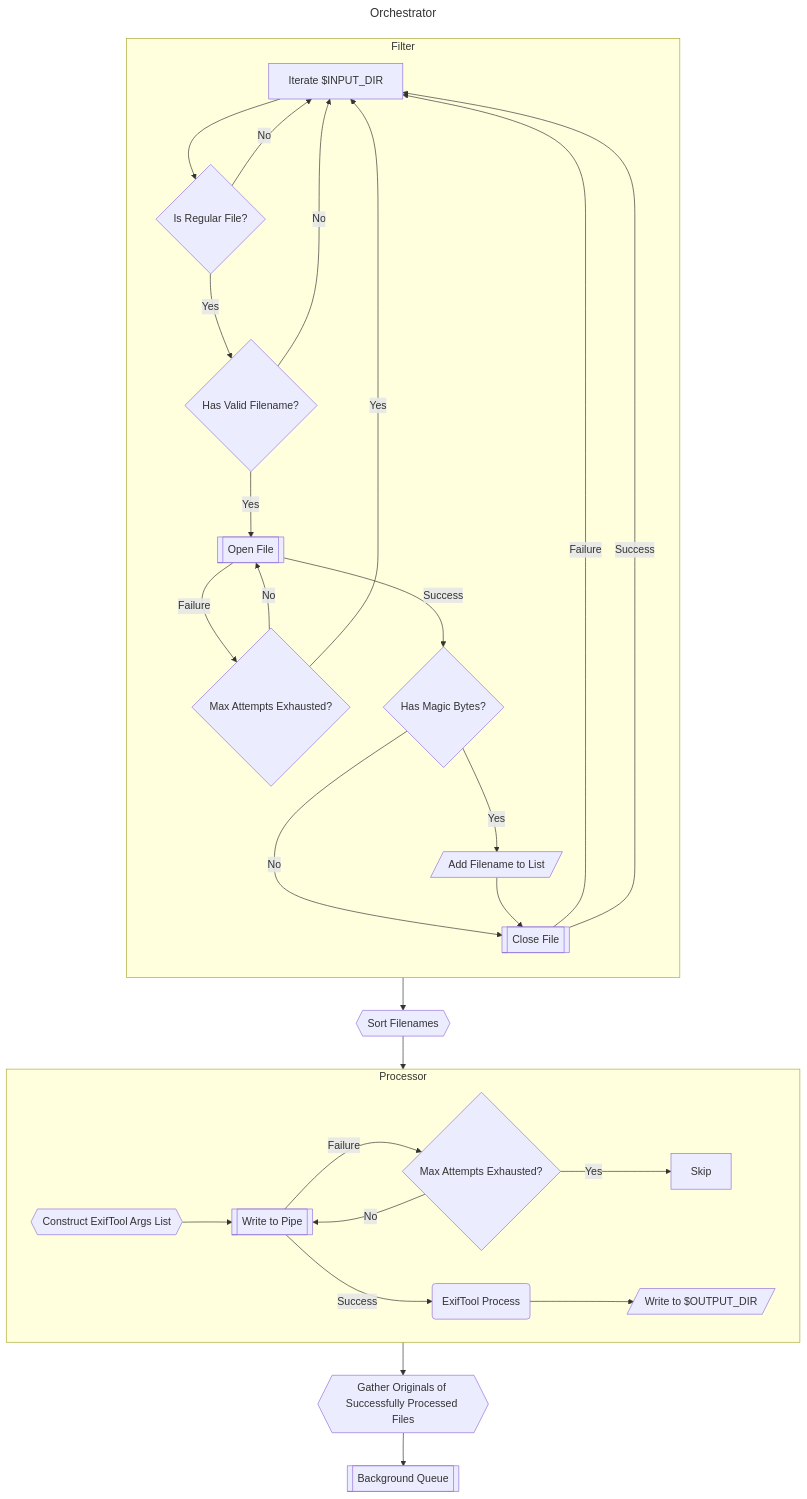
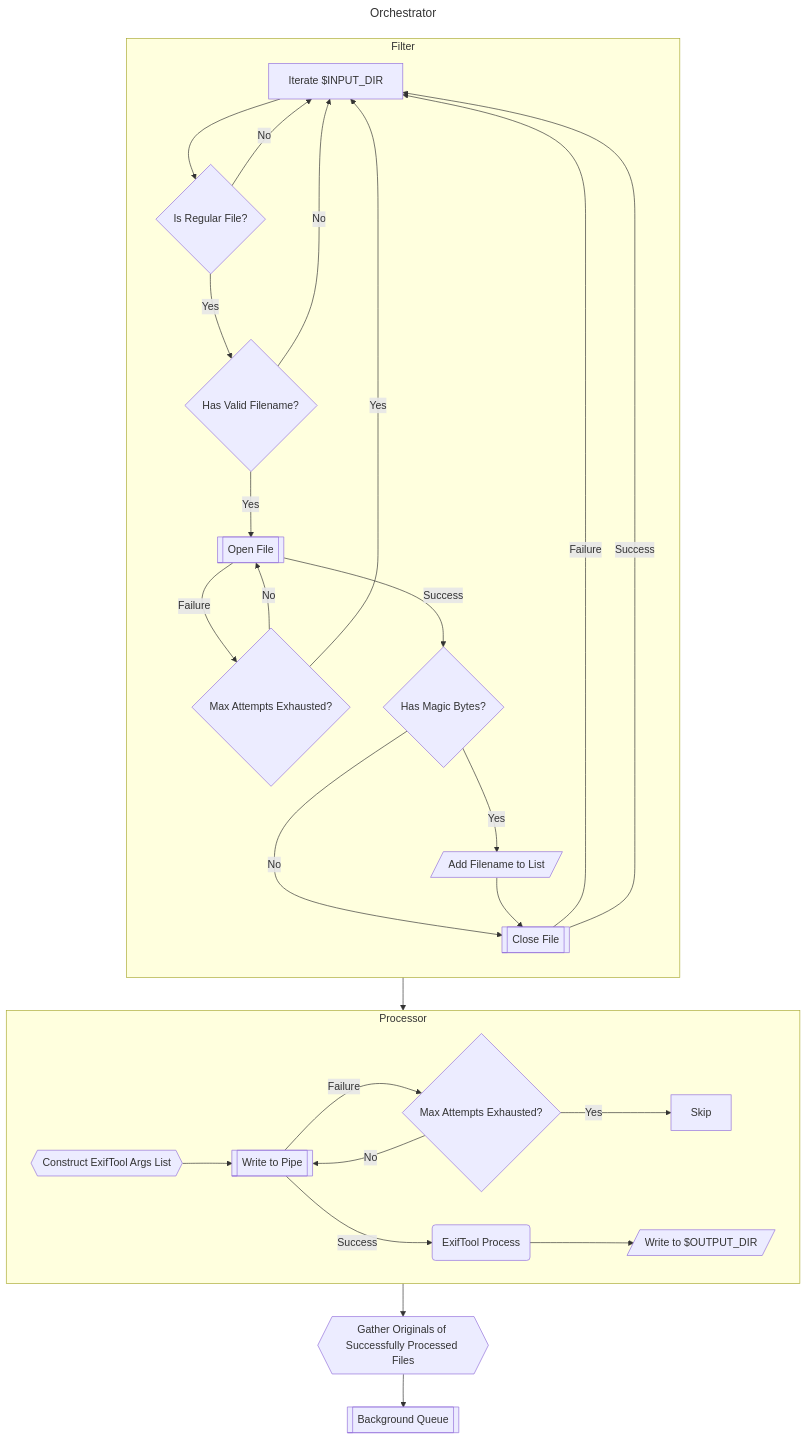
The diagram in Documentation/flowchart_orchestrator.mmd (CharlesMC11/sst), drawn with Mermaid before and after one commit. The commit also changed 6 other files, not shown here.

```diff
--- a/Documentation/flowchart_orchestrator.mmd
+++ b/Documentation/flowchart_orchestrator.mmd
@@ -1,36 +1,35 @@
 ---
 title: Orchestrator
 ---
 flowchart
   subgraph Filter
     direction TB
     Loop[Iterate $INPUT_DIR] --> File{Is Regular File?}
     File --> |No| Loop
     File --> |Yes| Filename{Has Valid Filename?}
     Filename --> |No| Loop
     Filename --> |Yes| Open[[Open File]]
     Open --> |Failure| Max1{Max Attempts Exhausted?}
     Max1 --> |No| Open
     Max1 --> |Yes| Loop
     Open --> |Success| Magic{Has Magic Bytes?}
     Magic --> |No| Close[[Close File]]
     Close --> |Failure| Loop
     Close --> |Success| Loop
     Magic --> |Yes| Add[/Add Filename to List/]
     Add --> Close[[Close File]]
   end
 
-  Filter --> Sorter{{Sort Filenames}}
-  Sorter --> Processor
+  Filter --> Processor
 
   subgraph Processor
     Args{{Construct ExifTool Args List}} --> Pipe[[Write to Pipe]]
     Pipe --> |Failure| Pipe?{Max Attempts Exhausted?}
     Pipe? --> |No| Pipe
     Pipe? --> |Yes| Skip
     Pipe --> |Success| ExifTool(ExifTool Process)
     ExifTool --> Write[/Write to $OUTPUT_DIR/]
   end
 
   Processor --> Success{{Gather Originals of Successfully Processed Files}}
   Success --> Async[[Background Queue]]
```
